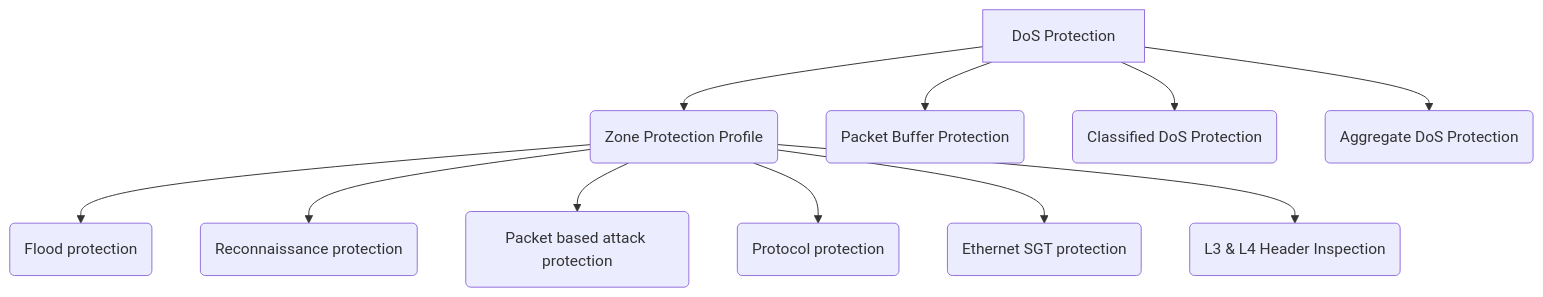
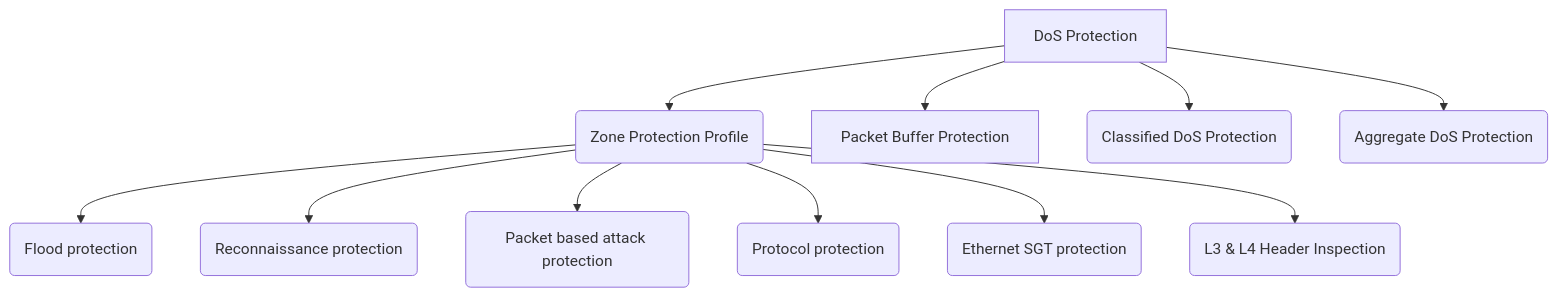
One commit to vault27/Foundation changed the first of 2 diagrams in paloalto.md. Above: the diagram before and after it, drawn with Mermaid. The commit also changed other lines of this file, not shown here.

````diff
--- a/paloalto.md
+++ b/paloalto.md
@@ -381,13 +381,13 @@
 ```mermaid
   graph TB
 A[DoS Protection] -->B(Zone Protection Profile)
-A[DoS Protection] -->F(Packet Buffer Protection)
+A[DoS Protection] -->F[Packet Buffer Protection]
 A[DoS Protection] -->X(Classified DoS Protection)
 A[DoS Protection] -->V(Aggregate DoS Protection)
     B --> C(Flood protection)
     B --> D(Reconnaissance protection)
     B --> E(Packet based attack protection)
     B --> K(Protocol protection)
     B --> I(Ethernet SGT protection)
     B --> L(L3 & L4 Header Inspection)
 ```
````
